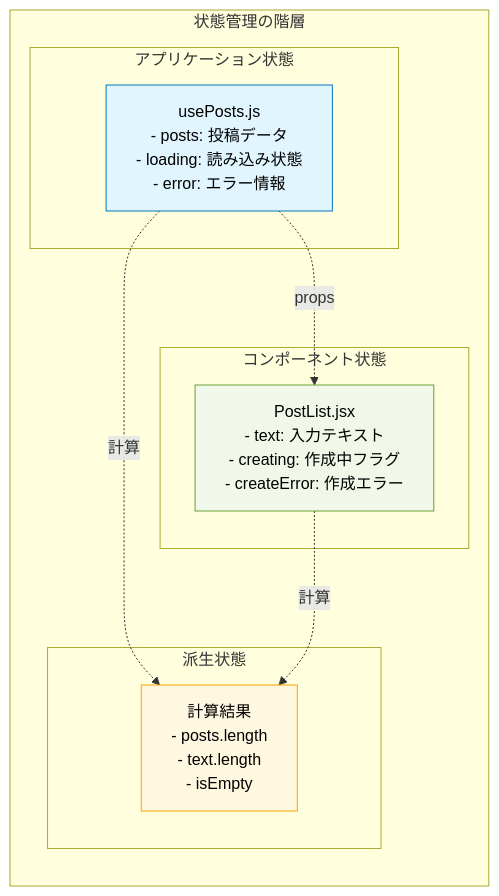
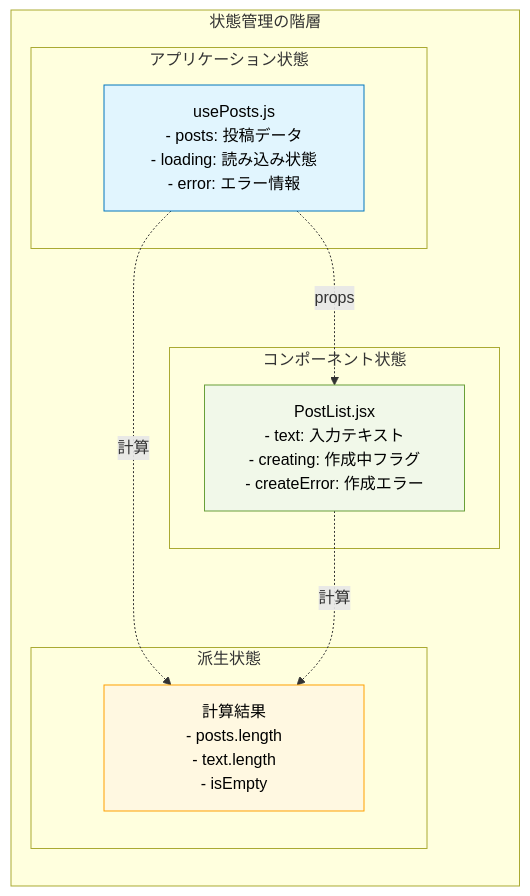
Before and after one commit to KITA-DS12/web-app-simple: diagram 13 of 29 in lecture-materials.md, drawn with Mermaid. The commit also changed other lines of this file, not shown here.

First line of the commit message:
fix: Mermaid図の改行表示を修正

````diff
--- a/lecture-materials.md
+++ b/lecture-materials.md
@@ -933,28 +933,28 @@
 ```mermaid
 graph LR
     subgraph "状態管理の階層"
         subgraph "アプリケーション状態"
-            GLOBAL["usePosts.js\n- posts: 投稿データ\n- loading: 読み込み状態\n- error: エラー情報"]
+            GLOBAL["usePosts.js#10;- posts: 投稿データ#10;- loading: 読み込み状態#10;- error: エラー情報"]
         end
         
         subgraph "コンポーネント状態"
-            LOCAL["PostList.jsx\n- text: 入力テキスト\n- creating: 作成中フラグ\n- createError: 作成エラー"]
+            LOCAL["PostList.jsx#10;- text: 入力テキスト#10;- creating: 作成中フラグ#10;- createError: 作成エラー"]
         end
         
         subgraph "派生状態"
-            DERIVED["計算結果\n- posts.length\n- text.length\n- isEmpty"]
+            DERIVED["計算結果#10;- posts.length#10;- text.length#10;- isEmpty"]
         end
         
         GLOBAL -.->|props| LOCAL
         GLOBAL -.->|計算| DERIVED
         LOCAL -.->|計算| DERIVED
     end
     
     classDef global fill:#E1F5FE,stroke:#0277BD,color:#000
     classDef local fill:#F1F8E9,stroke:#689F38,color:#000
     classDef derived fill:#FFF8E1,stroke:#FFA000,color:#000
     
     class GLOBAL global
     class LOCAL local
     class DERIVED derived
 ```
````
